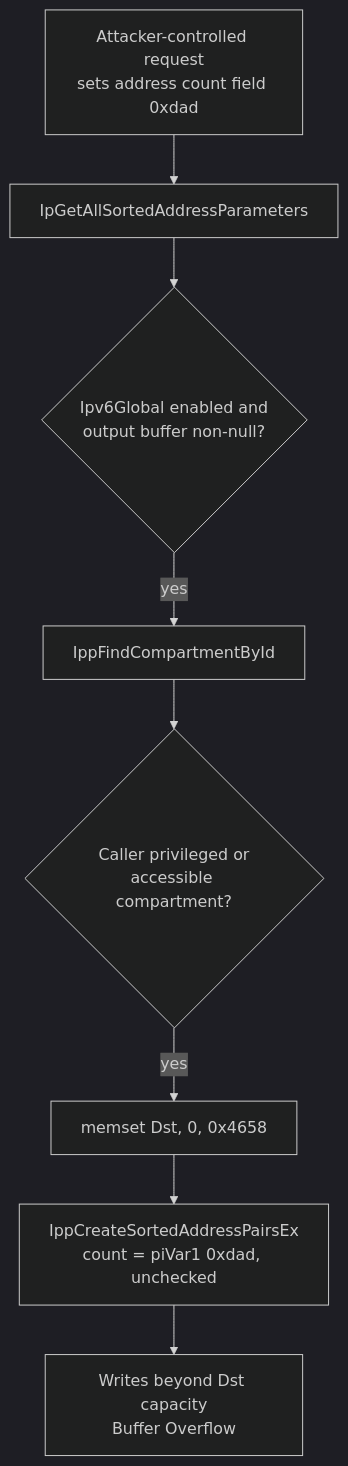
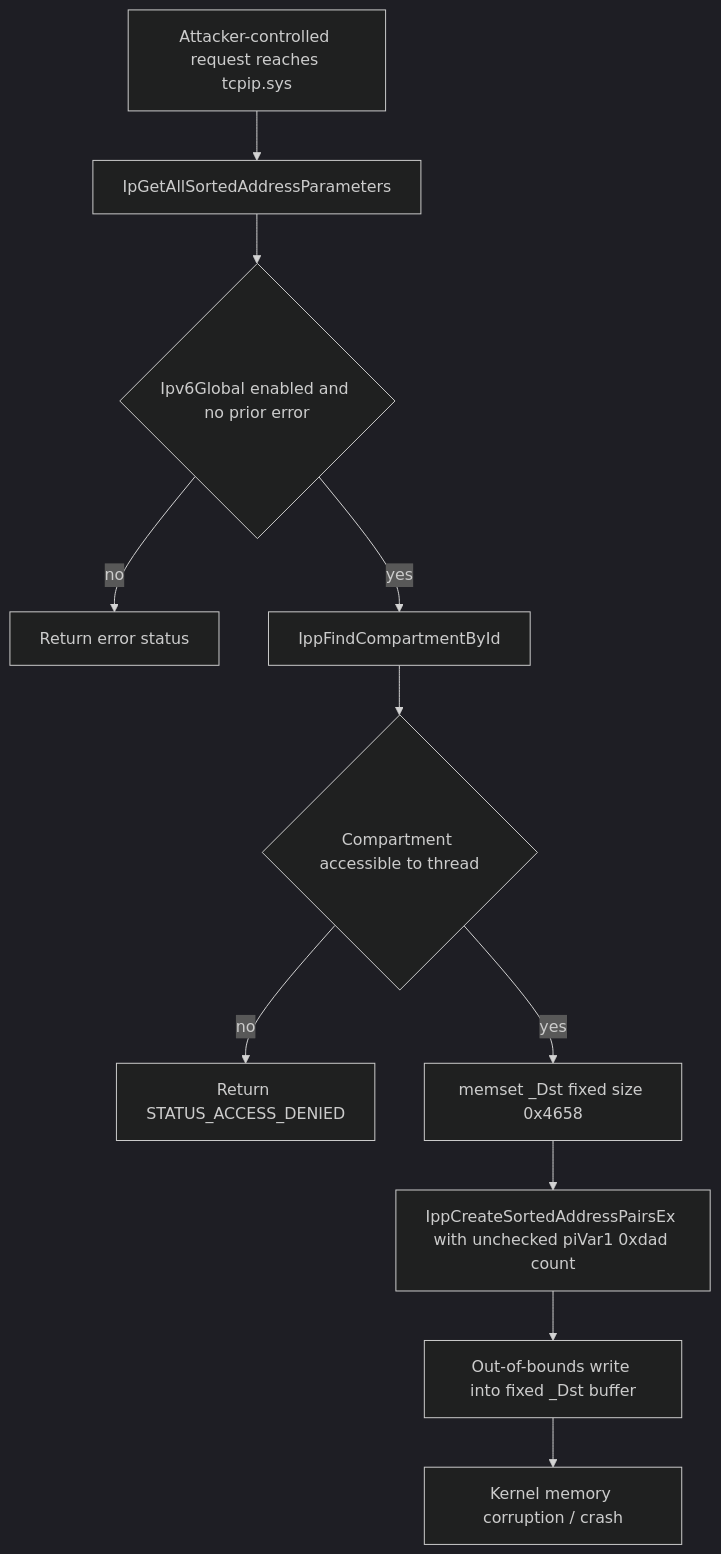
The diagram in nday_research_reports/2026-Jul/CVE-2026-49177_tcpip.sys_analysis.md (ghostbyt3/nday-automation-ai), drawn with Mermaid (dark theme) before and after one commit. The commit also changed other lines of this file, not shown here.

````diff
--- a/nday_research_reports/2026-Jul/CVE-2026-49177_tcpip.sys_analysis.md
+++ b/nday_research_reports/2026-Jul/CVE-2026-49177_tcpip.sys_analysis.md
@@ -181,10 +192,13 @@
 ```mermaid
 graph TD
-    A["Attacker-controlled request<br/>sets address count field 0xdad"] --> B["IpGetAllSortedAddressParameters"]
-    B --> C{"Ipv6Global enabled and<br/>output buffer non-null?"}
+    A["Attacker-controlled request reaches tcpip.sys"] --> B["IpGetAllSortedAddressParameters"]
+    B --> C{"Ipv6Global enabled and no prior error"}
+    C -- no --> Z["Return error status"]
     C -- yes --> D["IppFindCompartmentById"]
-    D --> E{"Caller privileged or<br/>accessible compartment?"}
-    E -- yes --> F["memset Dst, 0, 0x4658"]
-    F --> G["IppCreateSortedAddressPairsEx<br/>count = piVar1 0xdad, unchecked"]
-    G --> H["Writes beyond Dst capacity<br/>Buffer Overflow"]
+    D --> E{"Compartment accessible to thread"}
+    E -- no --> Y["Return STATUS_ACCESS_DENIED"]
+    E -- yes --> F["memset _Dst fixed size 0x4658"]
+    F --> G["IppCreateSortedAddressPairsEx with unchecked piVar1 0xdad count"]
+    G --> H["Out-of-bounds write into fixed _Dst buffer"]
+    H --> I["Kernel memory corruption / crash"]
 ```
````
